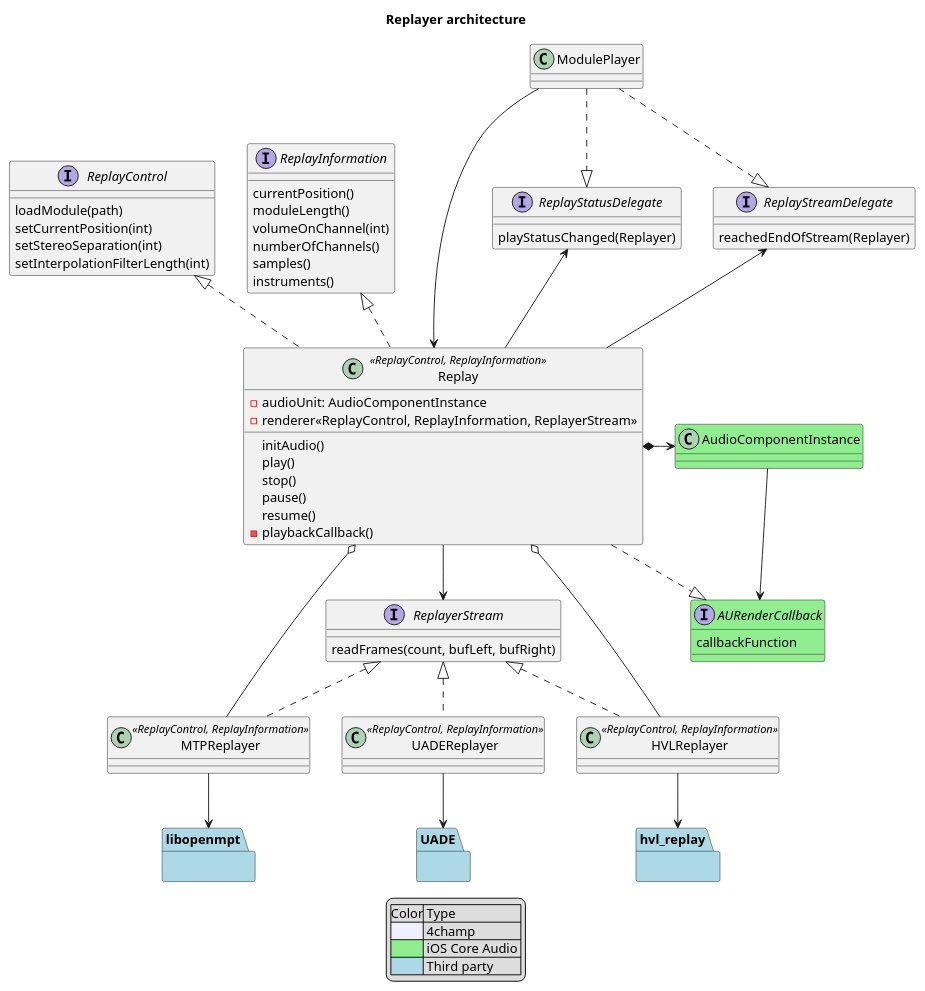
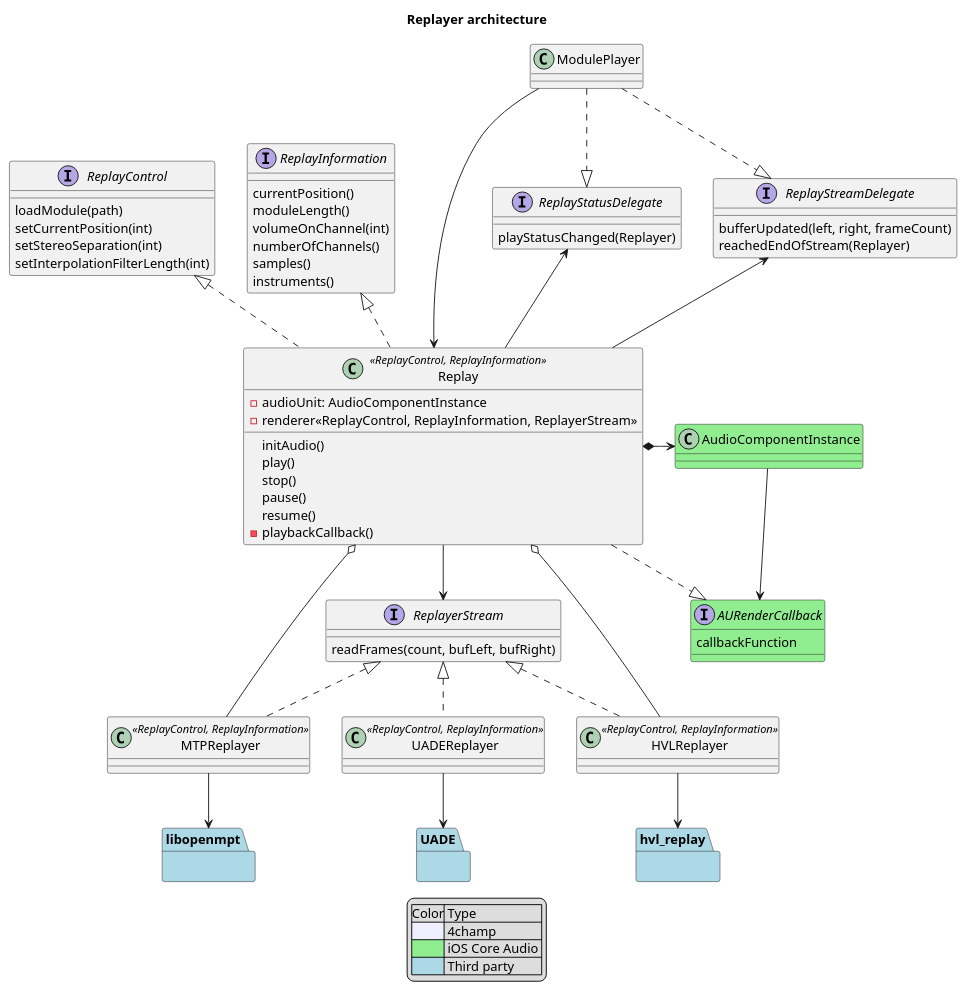
One commit to sitomani/4champ changed the diagram in docs/plantuml/replayer.plantuml. Above: the diagram before and after it, drawn with PlantUML. The commit also changed 19 other files, not shown here.

Commit message:
Implement amplitude graph visualisation

```diff
--- a/docs/plantuml/replayer.plantuml
+++ b/docs/plantuml/replayer.plantuml
@@ -1,99 +1,100 @@
 @startuml Replayer
 allowmixing 
 
 title Replayer architecture
 
 legend 
     |Color| Type |
     |<#MOTIVATION>| 4champ |
     |<#lightgreen>| iOS Core Audio |
     |<#lightblue>| Third party |
 endlegend
 
 
 class Replay <<ReplayControl, ReplayInformation>> {
     -audioUnit: AudioComponentInstance
     -renderer<<ReplayControl, ReplayInformation, ReplayerStream>>
     initAudio() 
     play()
     stop()
     pause()
     resume()
     -playbackCallback()
 }
 
 interface ReplayInformation {
     currentPosition()
     moduleLength()
     volumeOnChannel(int)
     numberOfChannels()
     samples()
     instruments()
 }
 
 interface ReplayControl {
     loadModule(path)
     setCurrentPosition(int)
     setStereoSeparation(int)
     setInterpolationFilterLength(int)
 }
 
 interface ReplayerStream {
     readFrames(count, bufLeft, bufRight)
 }
 
 class MTPReplayer <<ReplayControl, ReplayInformation>> implements ReplayerStream {
 
 }
 
 class ModulePlayer {}
 
 class HVLReplayer <<ReplayControl, ReplayInformation>> implements ReplayerStream {
 }
 
 class UADEReplayer <<ReplayControl, ReplayInformation>> implements ReplayerStream {
 
 }
 
 interface ReplayStreamDelegate {
+    bufferUpdated(left, right, frameCount)
     reachedEndOfStream(Replayer)
 }
 
 interface ReplayStatusDelegate {
     playStatusChanged(Replayer)
 }
 interface AURenderCallback #lightgreen {
     callbackFunction    
 }
 
 Replay o-- HVLReplayer
 Replay o-- MTPReplayer
 Replay --> ReplayerStream
 
 ModulePlayer -> Replay
 ModulePlayer .-|> ReplayStreamDelegate
 ModulePlayer .-|> ReplayStatusDelegate
 Replay -up-> ReplayStreamDelegate
 Replay -up-> ReplayStatusDelegate
 
 Replay .up-|> ReplayInformation
 Replay .up-|> ReplayControl
 Replay -.right-|> AURenderCallback
 AudioComponentInstance --> AURenderCallback
 
 package libopenmpt #lightblue {
     
 }
 package hvl_replay #lightblue {
 }
 
 package UADE #lightblue {
 }
 
 class AudioComponentInstance #lightgreen
 
 Replay *-right-> AudioComponentInstance
 MTPReplayer --> libopenmpt
 HVLReplayer --> hvl_replay
 UADEReplayer --> UADE
 @enduml
```
